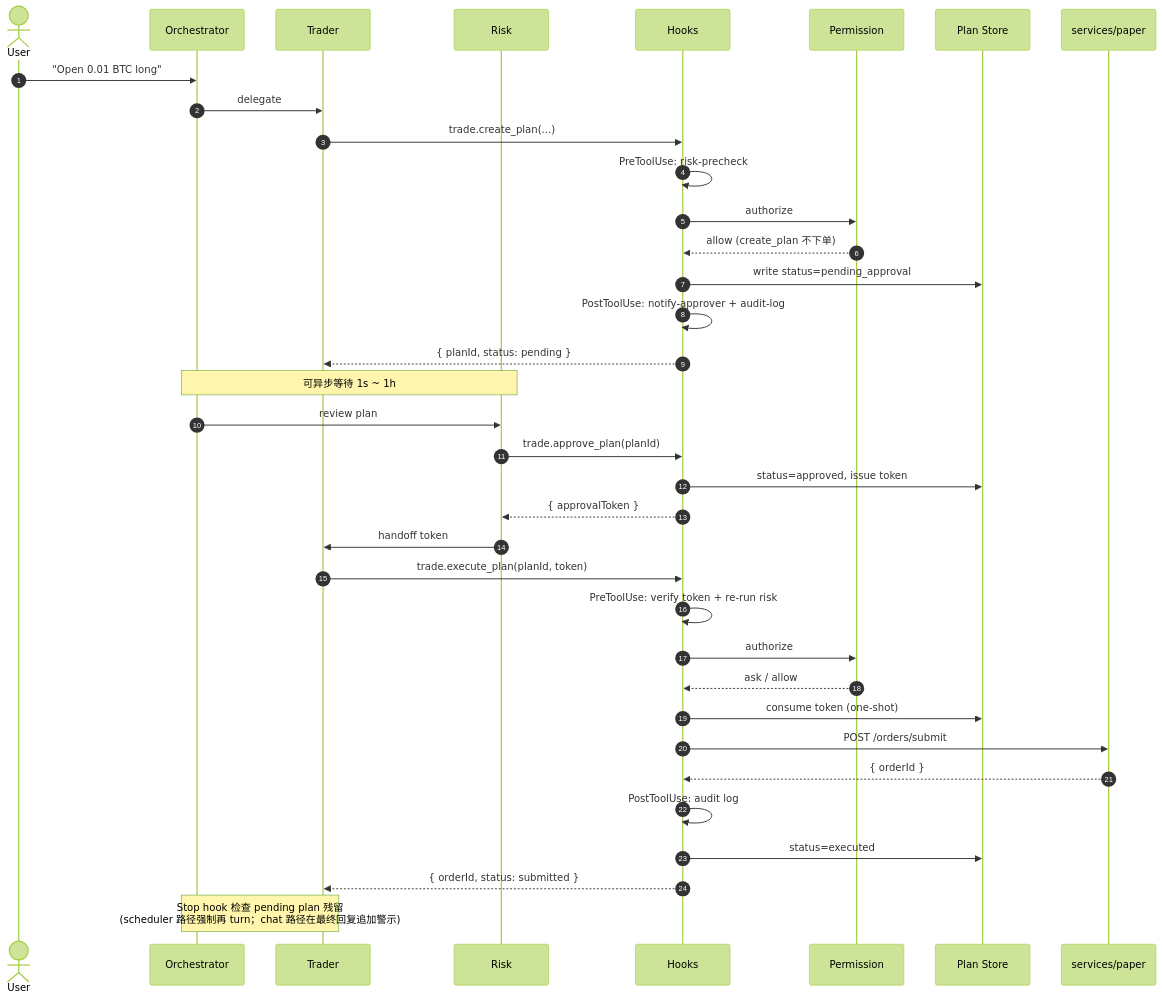
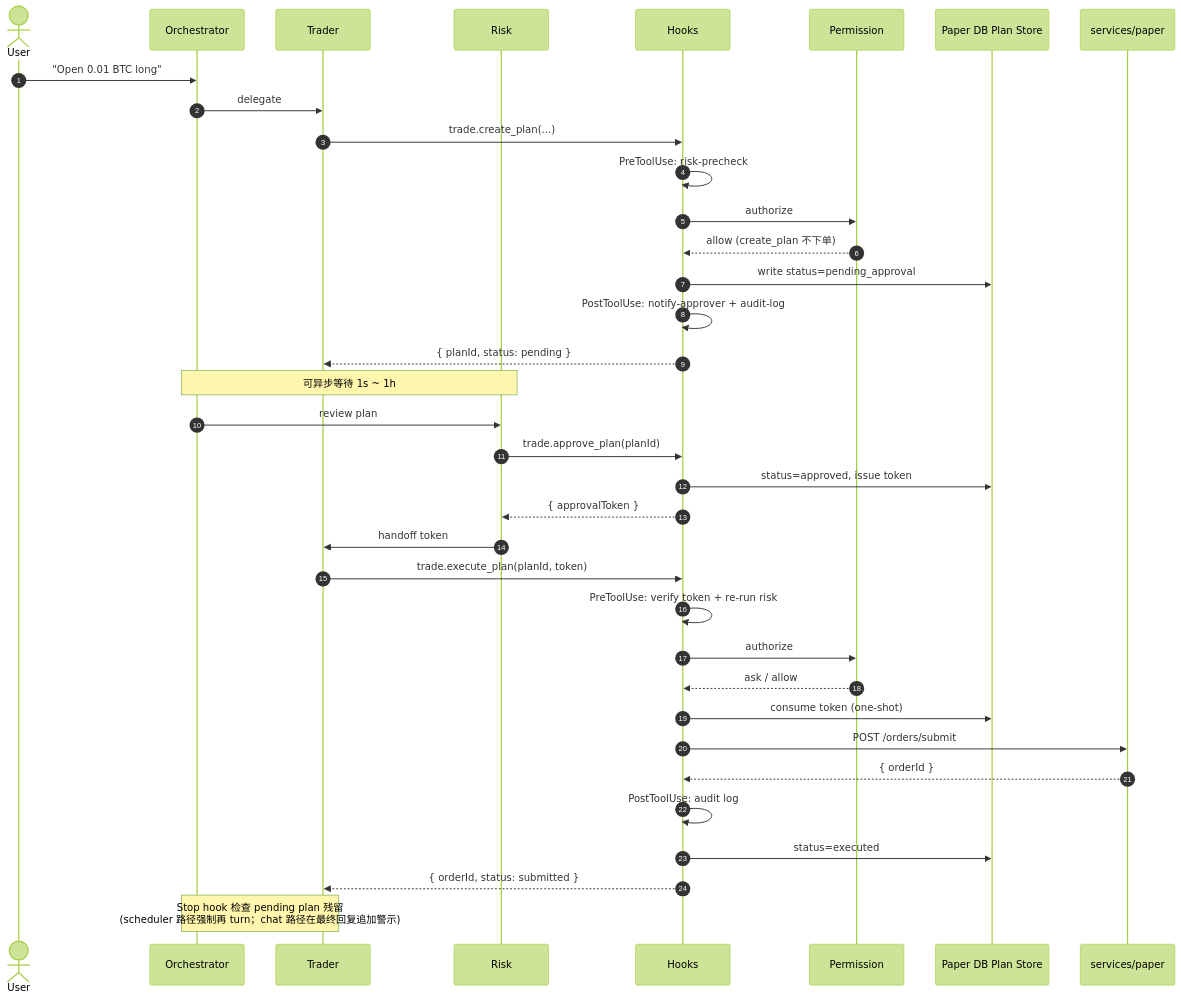
The diagram in docs/04-current-state.md (TheBayoumi/inalpha), drawn with Mermaid (forest theme) before and after one commit. The commit also changed other lines of this file and 27 other files, not shown here.

````diff
--- a/docs/04-current-state.md
+++ b/docs/04-current-state.md
@@ -24,43 +24,43 @@
 ```mermaid
 sequenceDiagram
     autonumber
     actor U as User
     participant O as Orchestrator
     participant T as Trader
     participant R as Risk
     participant H as Hooks
     participant P as Permission
-    participant PS as Plan Store
+    participant PS as Paper DB Plan Store
     participant Paper as services/paper
 
     U->>O: "Open 0.01 BTC long"
     O->>T: delegate
     T->>H: trade.create_plan(...)
     H->>H: PreToolUse: risk-precheck
     H->>P: authorize
     P-->>H: allow (create_plan 不下单)
     H->>PS: write status=pending_approval
     H->>H: PostToolUse: notify-approver + audit-log
     H-->>T: { planId, status: pending }
 
     Note over O,R: 可异步等待 1s ~ 1h
 
     O->>R: review plan
     R->>H: trade.approve_plan(planId)
     H->>PS: status=approved, issue token
     H-->>R: { approvalToken }
 
     R->>T: handoff token
     T->>H: trade.execute_plan(planId, token)
     H->>H: PreToolUse: verify token + re-run risk
     H->>P: authorize
     P-->>H: ask / allow
     H->>PS: consume token (one-shot)
     H->>Paper: POST /orders/submit
     Paper-->>H: { orderId }
     H->>H: PostToolUse: audit log
     H->>PS: status=executed
     H-->>T: { orderId, status: submitted }
 
     Note over T,O: Stop hook 检查 pending plan 残留<br/>(scheduler 路径强制再 turn；chat 路径在最终回复追加警示)
 ```
````
